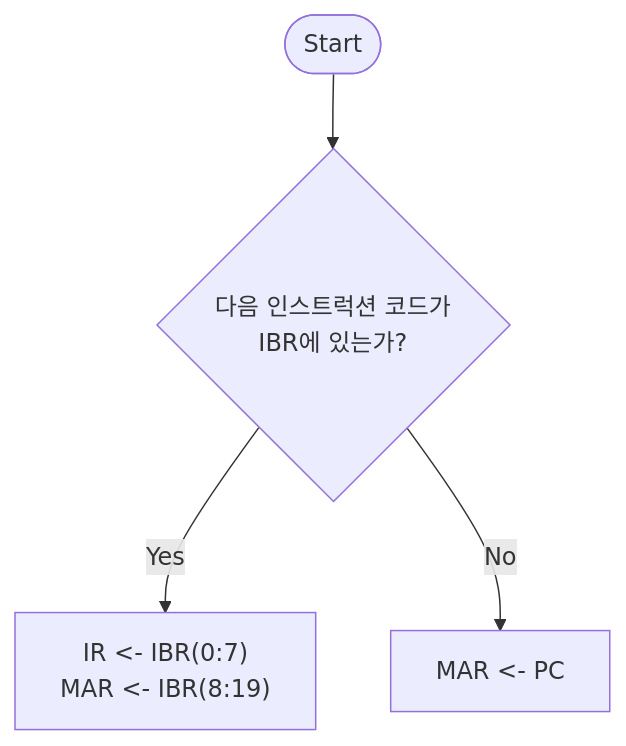
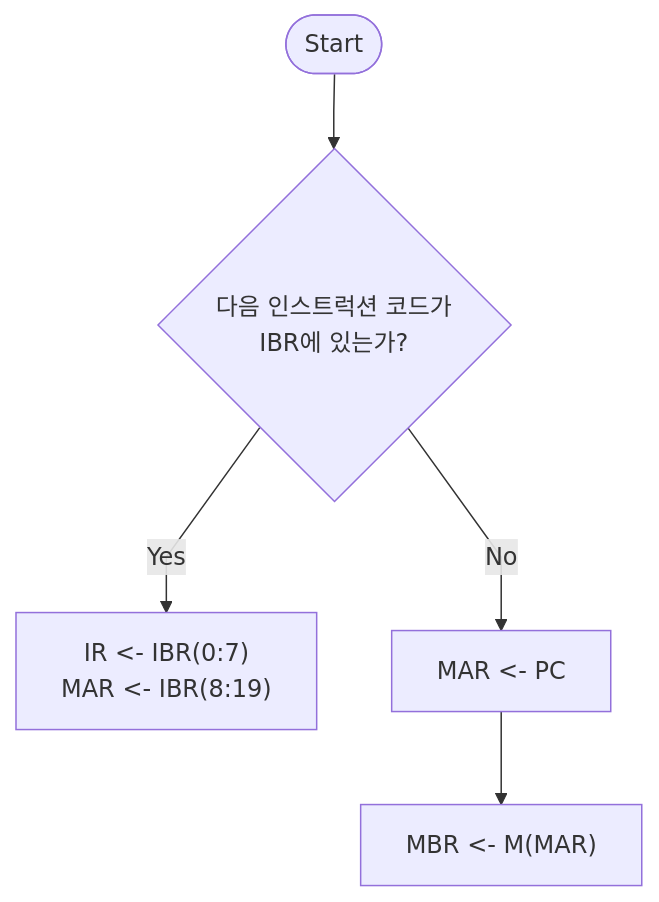
Before and after one commit to highlow12/Obsidian: the second of 2 diagrams in 1. 프로젝트/학교/컴퓨터 구조/컴퓨터 시스템 개요.md, drawn with Mermaid.

Commit message:
vault backup: 2024-09-30 12:15:55

````diff
--- a/1. 프로젝트/학교/컴퓨터 구조/컴퓨터 시스템 개요.md
+++ b/1. 프로젝트/학교/컴퓨터 구조/컴퓨터 시스템 개요.md
@@ -162,6 +162,8 @@
 ```mermaid
+%%{ init: { 'flowchart': { 'curve': 'linear' } } }%%
 flowchart TD
-	start(["Start"]) --> id1{"다음 인스트럭션 코드가 \nIBR에 있는가?"}
+	start(["Start"]) --> id1{"다음 인스트럭션 코드가\nIBR에 있는가?"}
 	id1 -->|Yes| id2["IR <- IBR(0:7)\nMAR <- IBR(8:19)"]
 	id1 -->|No| id3["MAR <- PC"]
+	id3 --> id4["MBR <- M(MAR)"]
 ```
````
